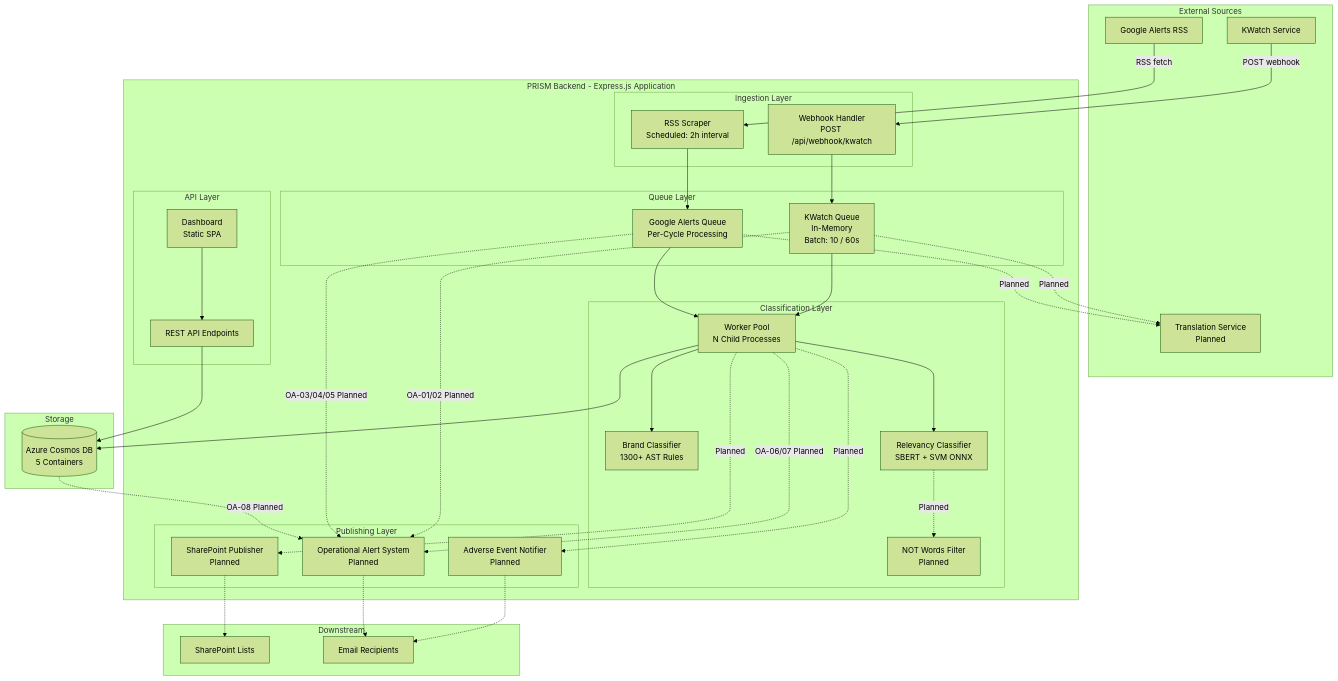
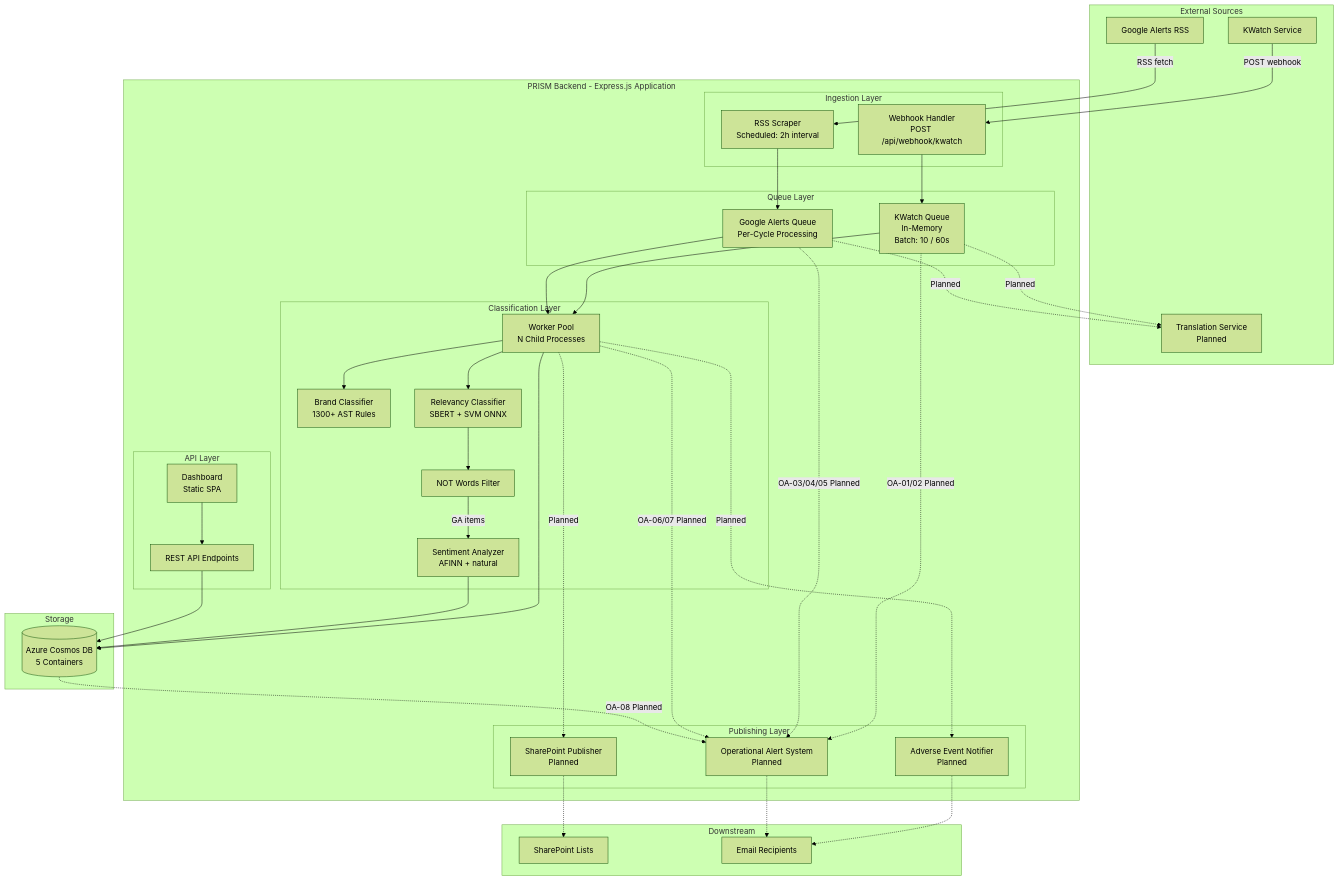
Before and after one commit to CoolSunflower/SML_PRISM: the first of 11 diagrams in docs/src/SDD.md, drawn with Mermaid (forest theme). The commit also changed other lines of this file and 9 other files, not shown here.

Commit message:
Relevancy NOT words list + Google Alerts Sentiment + Tests

````diff
--- a/docs/src/SDD.md
+++ b/docs/src/SDD.md
@@ -61,71 +61,74 @@
 ```mermaid
 graph TB
     subgraph External Sources
         KW[KWatch Service]
         GA[Google Alerts RSS]
         TS[Translation Service<br/>Planned]
     end
 
     subgraph PRISM Backend - Express.js Application
         subgraph Ingestion Layer
             WH[Webhook Handler<br/>POST /api/webhook/kwatch]
             RS[RSS Scraper<br/>Scheduled: 2h interval]
         end
 
         subgraph Queue Layer
             KQ[KWatch Queue<br/>In-Memory<br/>Batch: 10 / 60s]
             GQ[Google Alerts Queue<br/>Per-Cycle Processing]
         end
 
         subgraph Classification Layer
             WP[Worker Pool<br/>N Child Processes]
             BC[Brand Classifier<br/>1300+ AST Rules]
             RC[Relevancy Classifier<br/>SBERT + SVM ONNX]
-            NW[NOT Words Filter<br/>Planned]
+            NW[NOT Words Filter]
+            SA[Sentiment Analyzer<br/>AFINN + natural]
         end
 
         subgraph API Layer
             API[REST API Endpoints]
             DASH[Dashboard<br/>Static SPA]
         end
 
         subgraph Publishing Layer
             SP[SharePoint Publisher<br/>Planned]
             AE[Adverse Event Notifier<br/>Planned]
             OA[Operational Alert System<br/>Planned]
         end
     end
 
     subgraph Storage
         DB[(Azure Cosmos DB<br/>5 Containers)]
     end
 
     subgraph Downstream
         SPL[SharePoint Lists]
         EM[Email Recipients]
     end
 
     KW -->|POST webhook| WH
     GA -->|RSS fetch| RS
     WH --> KQ
     RS --> GQ
     KQ --> WP
     GQ --> WP
     WP --> BC
     WP --> RC
-    RC -.->|Planned| NW
+    RC --> NW
+    NW -->|GA items| SA
     WP --> DB
+    SA --> DB
     WP -.->|Planned| SP
     WP -.->|Planned| AE
     API --> DB
     DASH --> API
     SP -.-> SPL
     AE -.-> EM
     KQ -.->|OA-01/02 Planned| OA
     GQ -.->|OA-03/04/05 Planned| OA
     WP -.->|OA-06/07 Planned| OA
     DB -.->|OA-08 Planned| OA
     OA -.-> EM
     KQ -.->|Planned| TS
     GQ -.->|Planned| TS
 ```
````
